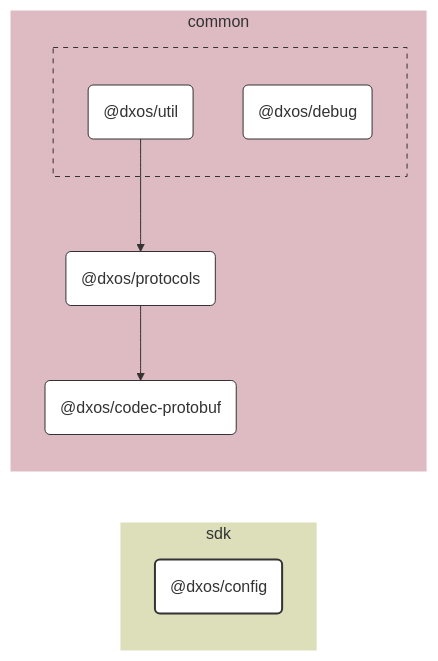
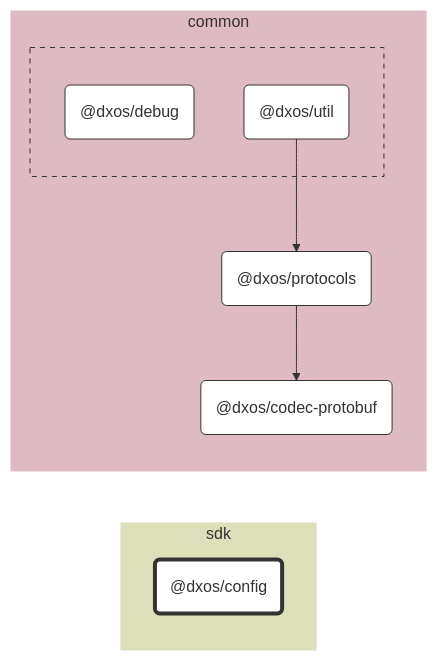
The diagram in packages/sdk/config/docs/README.md (dxos/dxos), drawn with Mermaid before and after one commit. The commit also changed 104 other files, not shown here.

````diff
--- a/packages/sdk/config/docs/README.md
+++ b/packages/sdk/config/docs/README.md
@@ -7,49 +7,38 @@
 ```mermaid
 %%{ init: {'flowchart':{'curve':'basis'}} }%%
 
 flowchart LR
 
-%% Links
-dxos/protocols --> dxos/codec-protobuf;
-dxos/util --> dxos/protocols;
+%% Classes
+classDef def fill:#fff,stroke:#333,stroke-width:1px
+classDef root fill:#fff,stroke:#333,stroke-width:4px
 
-%% Sections
-subgraph sdk
-  style sdk fill:#dddeba,stroke:#fff;
+%% Nodes
 
-  dxos/config("@dxos/config")
+subgraph sdk [sdk]
+  style sdk fill:#dddeba,stroke:#fff
+  dxos/config("@dxos/config"):::root
+  click dxos/config "dxos/dxos/tree/main/packages/sdk/config/docs"
 end
 
-subgraph common
-  style common fill:#debac2,stroke:#fff;
-
-  dxos/codec-protobuf("@dxos/codec-protobuf")
-  dxos/protocols("@dxos/protocols")
+subgraph common [common]
+  style common fill:#debac2,stroke:#fff
+  dxos/codec-protobuf("@dxos/codec-protobuf"):::def
+  click dxos/codec-protobuf "dxos/dxos/tree/main/packages/common/codec-protobuf/docs"
+  dxos/protocols("@dxos/protocols"):::def
+  click dxos/protocols "dxos/dxos/tree/main/packages/common/protocols/docs"
 
   subgraph common-excluded [ ]
-    style common-excluded fill:#debac2,stroke:#333,stroke-dasharray:5 5;
-
-    dxos/debug("@dxos/debug")
-    dxos/util("@dxos/util")
+    style common-excluded fill:#debac2,stroke:#333,stroke-dasharray:5 5
+    dxos/debug("@dxos/debug"):::def
+    click dxos/debug "dxos/dxos/tree/main/packages/common/debug/docs"
+    dxos/util("@dxos/util"):::def
+    click dxos/util "dxos/dxos/tree/main/packages/common/util/docs"
   end
 end
 
-
-%% Hyperlinks
-click dxos/codec-protobuf "dxos/dxos/tree/main/packages/common/codec-protobuf/docs";
-click dxos/debug "dxos/dxos/tree/main/packages/common/debug/docs";
-click dxos/protocols "dxos/dxos/tree/main/packages/common/protocols/docs";
-click dxos/util "dxos/dxos/tree/main/packages/common/util/docs";
-
-%% Styles
-classDef rootNode fill:#fff,stroke:#333,stroke-width:2px
-classDef defaultNode fill:#fff,stroke:#333,stroke-width:1px
+%% Links
 linkStyle default stroke:#333,stroke-width:1px
-
-dxos/config:::rootNode
-
-dxos/codec-protobuf:::defaultNode
-dxos/debug:::defaultNode
-dxos/protocols:::defaultNode
-dxos/util:::defaultNode
+dxos/protocols --> dxos/codec-protobuf
+dxos/util --> dxos/protocols
 ```
````
